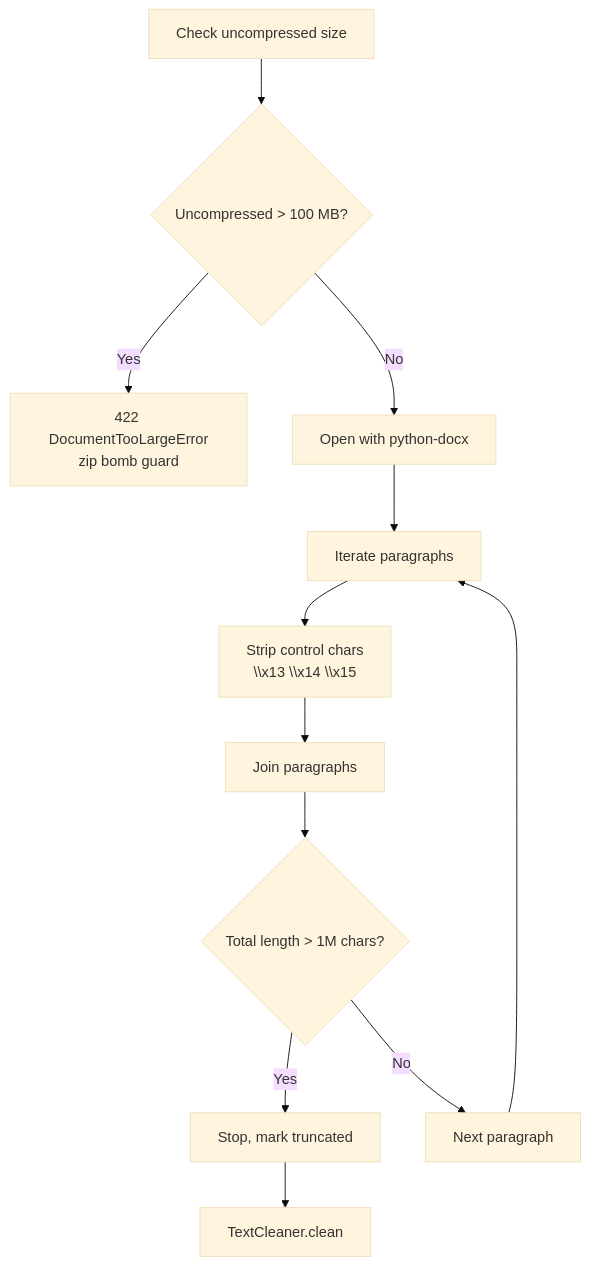
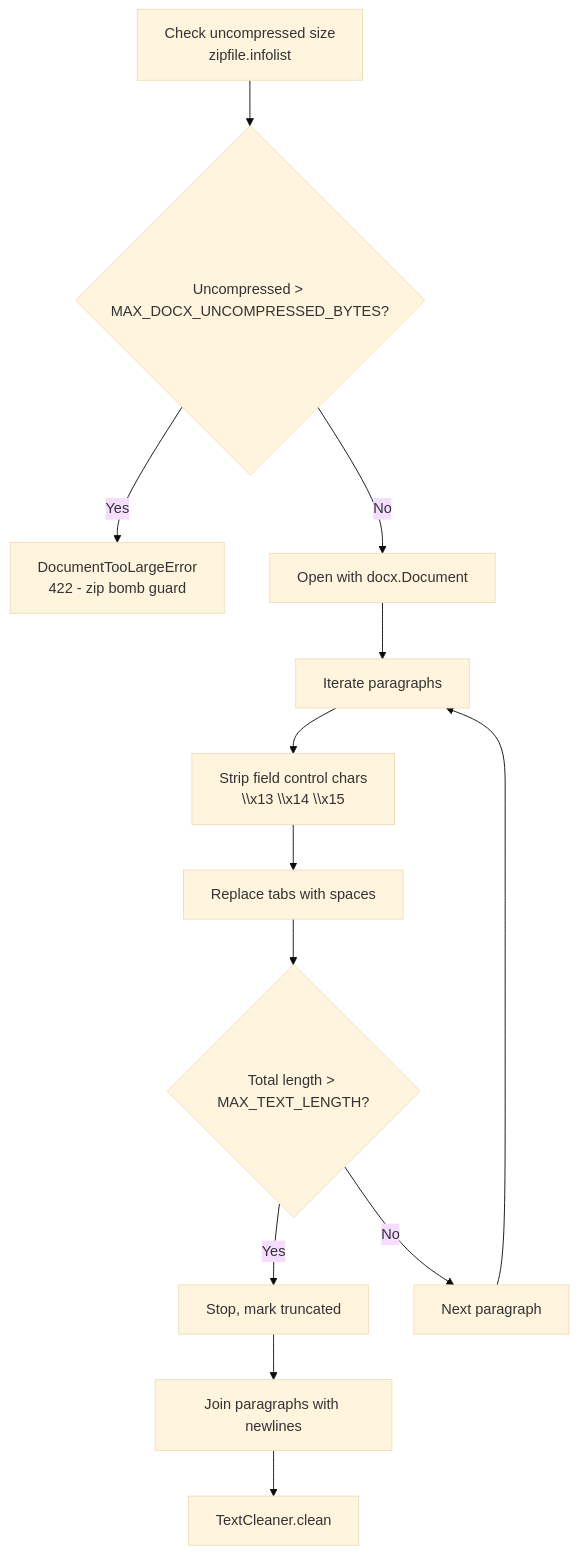
The third of 4 diagrams in services/document-parser/docs/concepts/extraction-strategies.md (kunalPisolkar24/detectAI), drawn with Mermaid (base theme) before and after one commit. The commit also changed other lines of this file and 9 other files, not shown here.

````diff
--- a/services/document-parser/docs/concepts/extraction-strategies.md
+++ b/services/document-parser/docs/concepts/extraction-strategies.md
@@ -75,14 +76,15 @@
 ```mermaid
 graph TB
-    A[Check uncompressed size] --> B{Uncompressed > 100 MB?}
-    B -->|Yes| C[422 DocumentTooLargeError<br/>zip bomb guard]
-    B -->|No| D[Open with python-docx]
+    A[Check uncompressed size<br/>zipfile.infolist] --> B{Uncompressed > MAX_DOCX_UNCOMPRESSED_BYTES?}
+    B -->|Yes| C[DocumentTooLargeError<br/>422 - zip bomb guard]
+    B -->|No| D[Open with docx.Document]
     D --> E[Iterate paragraphs]
-    E --> F[Strip control chars<br/>\\x13 \\x14 \\x15]
-    F --> G[Join paragraphs]
-    G --> H{Total length > 1M chars?}
+    E --> F[Strip field control chars<br/>\\x13 \\x14 \\x15]
+    F --> G[Replace tabs with spaces]
+    G --> H{Total length > MAX_TEXT_LENGTH?}
     H -->|Yes| I[Stop, mark truncated]
     H -->|No| J[Next paragraph]
     J --> E
-    I --> K[TextCleaner.clean]
+    I --> K[Join paragraphs with newlines]
+    K --> L[TextCleaner.clean]
 ```
````
